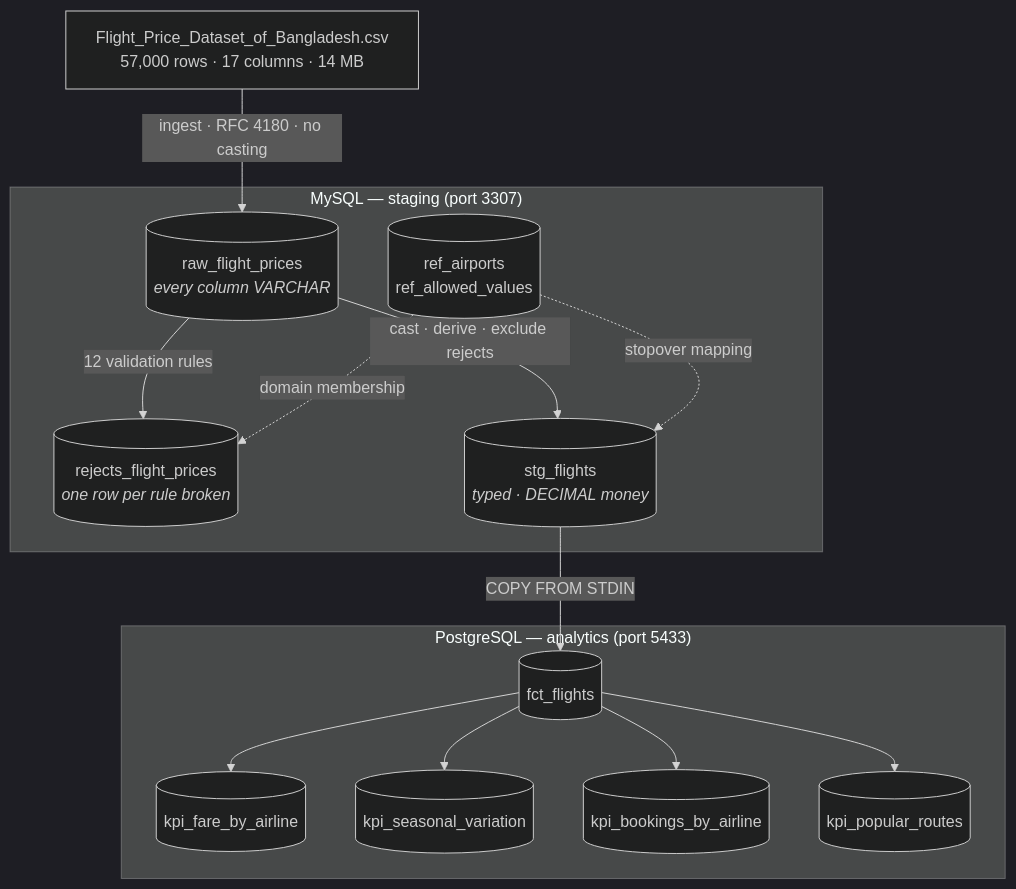
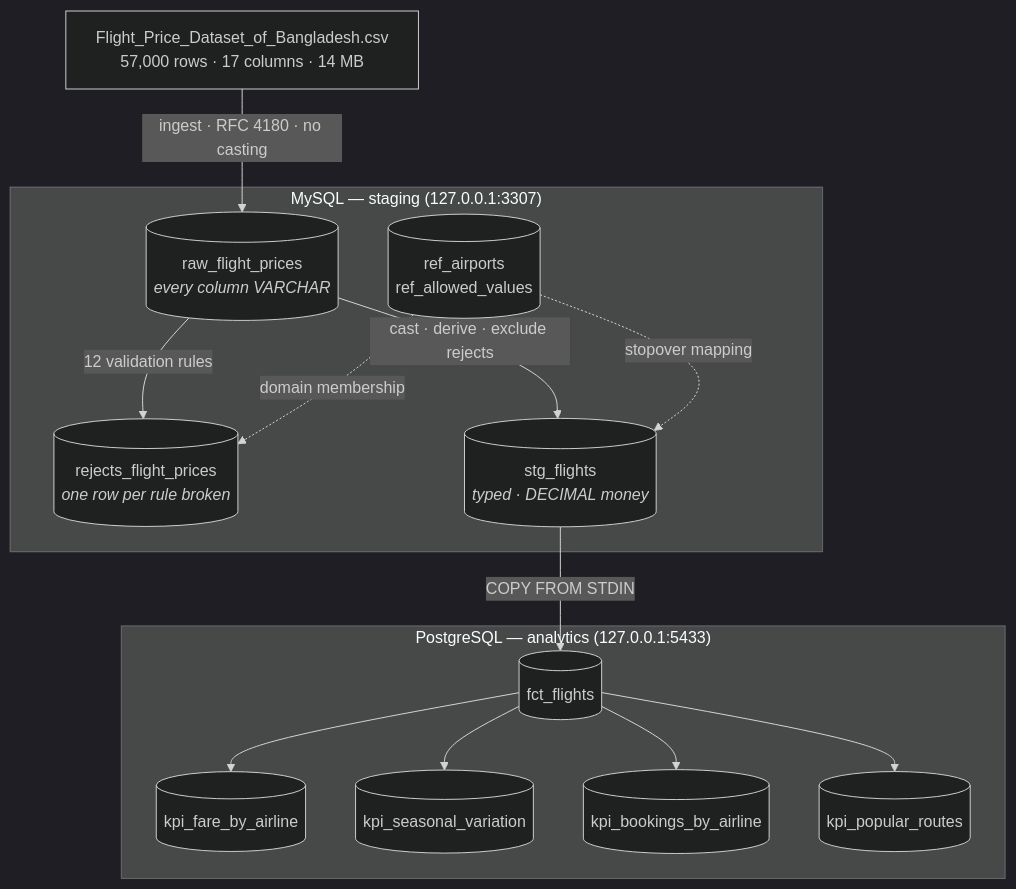
One commit to josephforson285/airflow-flight-price-analysis changed the diagram in README.md. Above: the diagram before and after it, drawn with Mermaid (dark theme). The commit also changed other lines of this file, not shown here.

````diff
--- a/README.md
+++ b/README.md
@@ -52,31 +47,31 @@
 ```mermaid
 flowchart TD
     CSV["Flight_Price_Dataset_of_Bangladesh.csv<br>57,000 rows · 17 columns · 14 MB"]
 
-    subgraph staging["MySQL — staging (port 3307)"]
+    subgraph staging["MySQL — staging (127.0.0.1:3307)"]
         RAW[("raw_flight_prices<br><i>every column VARCHAR</i>")]
         REJ[("rejects_flight_prices<br><i>one row per rule broken</i>")]
         STG[("stg_flights<br><i>typed · DECIMAL money</i>")]
         REF[("ref_airports<br>ref_allowed_values")]
     end
 
-    subgraph analytics["PostgreSQL — analytics (port 5433)"]
+    subgraph analytics["PostgreSQL — analytics (127.0.0.1:5433)"]
         FCT[("fct_flights")]
         K1[("kpi_fare_by_airline")]
         K2[("kpi_seasonal_variation")]
         K3[("kpi_bookings_by_airline")]
         K4[("kpi_popular_routes")]
     end
 
     CSV -->|"ingest · RFC 4180 · no casting"| RAW
     RAW -->|"12 validation rules"| REJ
     RAW -->|"cast · derive · exclude rejects"| STG
     STG -->|"COPY FROM STDIN"| FCT
 
     REF -. "domain membership" .-> REJ
     REF -. "stopover mapping" .-> STG
     FCT --> K1
     FCT --> K2
     FCT --> K3
     FCT --> K4
 ```
````
